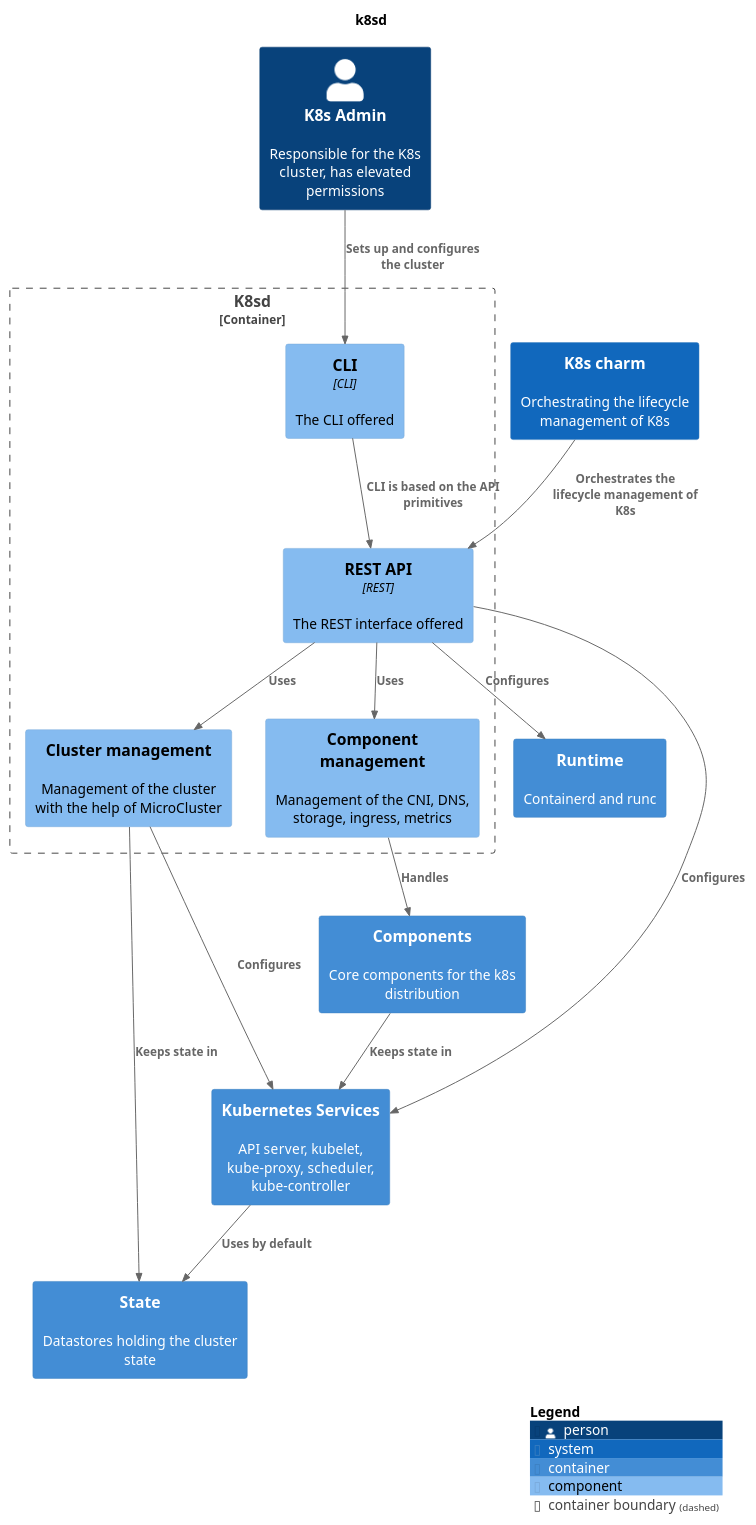
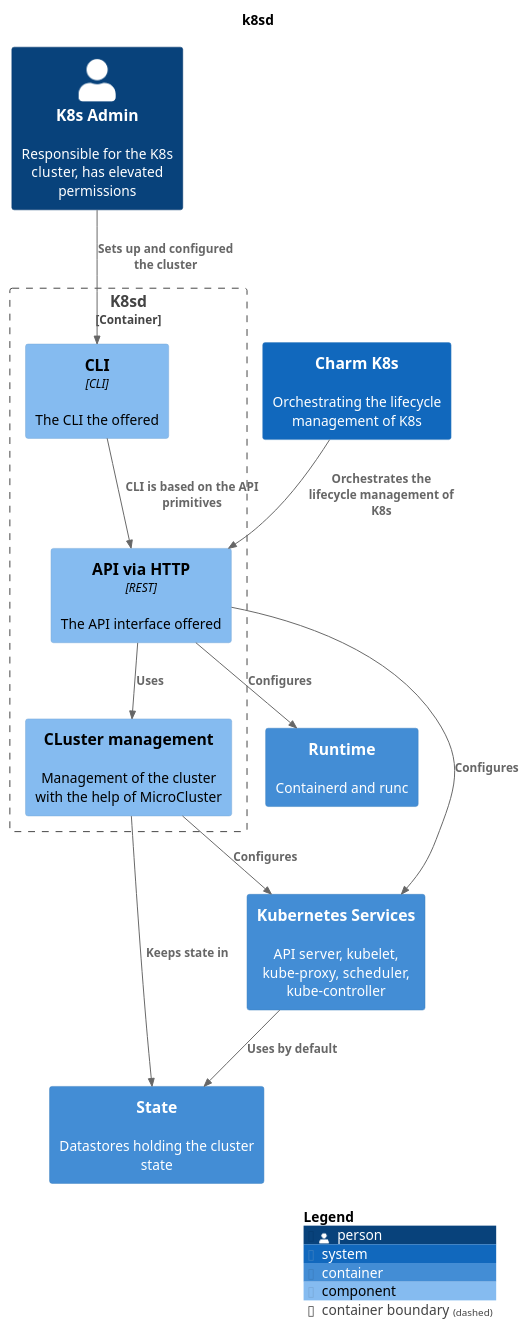
Before and after one commit to canonical/k8s-snap: the diagram in docs/src/assets/k8sd-component.puml, drawn with PlantUML. The commit also changed 17 other files, not shown here.

```diff
--- a/docs/src/assets/k8sd-component.puml
+++ b/docs/src/assets/k8sd-component.puml
@@ -1,40 +1,35 @@
 @startuml
 set separator none
 title k8sd
 
 top to bottom direction
 
 !include <C4/C4>
 !include <C4/C4_Context>
 !include <C4/C4_Container>
 !include <C4/C4_Component>
 
 Person(K8sAdmin, "K8s Admin", $descr="Responsible for the K8s cluster, has elevated permissions", $tags="", $link="")
-System(K8scharm, "K8s charm", $descr="Orchestrating the lifecycle management of K8s", $tags="", $link="")
 Container(K8sSnapDistribution.Runtime, "Runtime", $techn="", $descr="Containerd and runc", $tags="", $link="")
-Container(K8sSnapDistribution.Components, "Components", $techn="", $descr="Core components for the k8s distribution", $tags="", $link="")
+System(CharmK8s, "Charm K8s", $descr="Orchestrating the lifecycle management of K8s", $tags="", $link="")
 Container(K8sSnapDistribution.State, "State", $techn="", $descr="Datastores holding the cluster state", $tags="", $link="")
 Container(K8sSnapDistribution.KubernetesServices, "Kubernetes Services", $techn="", $descr="API server, kubelet, kube-proxy, scheduler, kube-controller", $tags="", $link="")
 
 Container_Boundary("K8sSnapDistribution.K8sd_boundary", "K8sd", $tags="") {
-  Component(K8sSnapDistribution.K8sd.CLI, "CLI", $techn="CLI", $descr="The CLI offered", $tags="", $link="")
-  Component(K8sSnapDistribution.K8sd.RESTAPI, "REST API", $techn="REST", $descr="The REST interface offered", $tags="", $link="")
-  Component(K8sSnapDistribution.K8sd.Clustermanagement, "Cluster management", $techn="", $descr="Management of the cluster with the help of MicroCluster", $tags="", $link="")
-  Component(K8sSnapDistribution.K8sd.Componentmanagement, "Component management", $techn="", $descr="Management of the CNI, DNS, storage, ingress, metrics", $tags="", $link="")
+  Component(K8sSnapDistribution.K8sd.CLI, "CLI", $techn="CLI", $descr="The CLI the offered", $tags="", $link="")
+  Component(K8sSnapDistribution.K8sd.APIviaHTTP, "API via HTTP", $techn="REST", $descr="The API interface offered", $tags="", $link="")
+  Component(K8sSnapDistribution.K8sd.CLustermanagement, "CLuster management", $techn="", $descr="Management of the cluster with the help of MicroCluster", $tags="", $link="")
 }
 
-Rel(K8sAdmin, K8sSnapDistribution.K8sd.CLI, "Sets up and configures the cluster", $techn="", $tags="", $link="")
-Rel(K8scharm, K8sSnapDistribution.K8sd.RESTAPI, "Orchestrates the lifecycle management of K8s", $techn="", $tags="", $link="")
-Rel(K8sSnapDistribution.K8sd.Componentmanagement, K8sSnapDistribution.Components, "Handles", $techn="", $tags="", $link="")
-Rel(K8sSnapDistribution.K8sd.Clustermanagement, K8sSnapDistribution.KubernetesServices, "Configures", $techn="", $tags="", $link="")
-Rel(K8sSnapDistribution.Components, K8sSnapDistribution.KubernetesServices, "Keeps state in", $techn="", $tags="", $link="")
+Rel(K8sAdmin, K8sSnapDistribution.K8sd.CLI, "Sets up and configured the cluster", $techn="", $tags="", $link="")
+Rel(CharmK8s, K8sSnapDistribution.K8sd.APIviaHTTP, "Orchestrates the lifecycle management of K8s", $techn="", $tags="", $link="")
+Rel(K8sSnapDistribution.K8sd.CLustermanagement, K8sSnapDistribution.KubernetesServices, "Configures", $techn="", $tags="", $link="")
 Rel(K8sSnapDistribution.KubernetesServices, K8sSnapDistribution.State, "Uses by default", $techn="", $tags="", $link="")
-Rel(K8sSnapDistribution.K8sd.Clustermanagement, K8sSnapDistribution.State, "Keeps state in", $techn="", $tags="", $link="")
-Rel(K8sSnapDistribution.K8sd.RESTAPI, K8sSnapDistribution.KubernetesServices, "Configures", $techn="", $tags="", $link="")
-Rel(K8sSnapDistribution.K8sd.RESTAPI, K8sSnapDistribution.Runtime, "Configures", $techn="", $tags="", $link="")
-Rel(K8sSnapDistribution.K8sd.RESTAPI, K8sSnapDistribution.K8sd.Componentmanagement, "Uses", $techn="", $tags="", $link="")
-Rel(K8sSnapDistribution.K8sd.RESTAPI, K8sSnapDistribution.K8sd.Clustermanagement, "Uses", $techn="", $tags="", $link="")
-Rel(K8sSnapDistribution.K8sd.CLI, K8sSnapDistribution.K8sd.RESTAPI, "CLI is based on the API primitives", $techn="", $tags="", $link="")
+Rel(K8sSnapDistribution.K8sd.CLustermanagement, K8sSnapDistribution.State, "Keeps state in", $techn="", $tags="", $link="")
+Rel(K8sSnapDistribution.K8sd.APIviaHTTP, K8sSnapDistribution.KubernetesServices, "Configures", $techn="", $tags="", $link="")
+Rel(K8sSnapDistribution.K8sd.APIviaHTTP, K8sSnapDistribution.Runtime, "Configures", $techn="", $tags="", $link="")
+Rel(K8sSnapDistribution.K8sd.APIviaHTTP, K8sSnapDistribution.K8sd.CLustermanagement, "Uses", $techn="", $tags="", $link="")
+Rel(K8sSnapDistribution.K8sd.CLI, K8sSnapDistribution.K8sd.APIviaHTTP, "CLI is based on the API primitives", $techn="", $tags="", $link="")
 
 SHOW_LEGEND(true)
 @enduml
```
